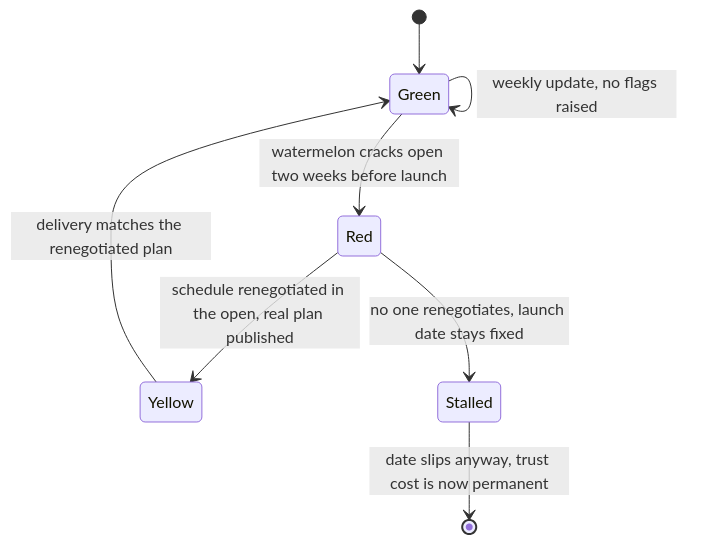
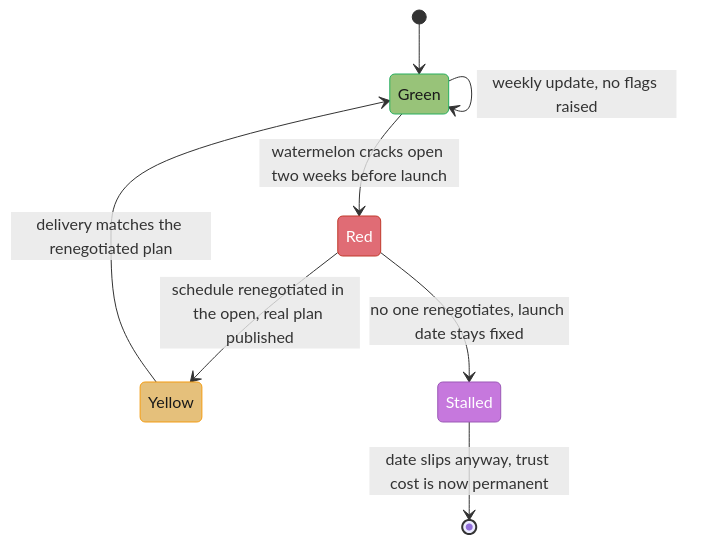
The third of 3 diagrams in src/main/java/com/rutik/systemdesign/soft_skills/upward_and_async_communication/upward_and_async_communication.md (rppol/system-design), drawn with Mermaid before and after one commit. The commit also changed other lines of this file and 655 other files, not shown here.

````diff
--- a/src/main/java/com/rutik/systemdesign/soft_skills/upward_and_async_communication/upward_and_async_communication.md
+++ b/src/main/java/com/rutik/systemdesign/soft_skills/upward_and_async_communication/upward_and_async_communication.md
@@ -165,10 +165,19 @@
 ```mermaid
 stateDiagram-v2
     [*] --> Green
     Green --> Green: weekly update, no flags raised
     Green --> Red: watermelon cracks open two weeks before launch
     Red --> Yellow: schedule renegotiated in the open, real plan published
     Yellow --> Green: delivery matches the renegotiated plan
     Red --> Stalled: no one renegotiates, launch date stays fixed
     Stalled --> [*]: date slips anyway, trust cost is now permanent
+
+    classDef good   fill:#98c379,stroke:#27ae60,color:#1a1a1a
+    classDef warn   fill:#e5c07b,stroke:#f39c12,color:#1a1a1a
+    classDef bad    fill:#e06c75,stroke:#c0392b,color:#fff
+    classDef accent fill:#c678dd,stroke:#9b59b6,color:#fff
+    class Green good
+    class Yellow warn
+    class Red bad
+    class Stalled accent
 ```
````
